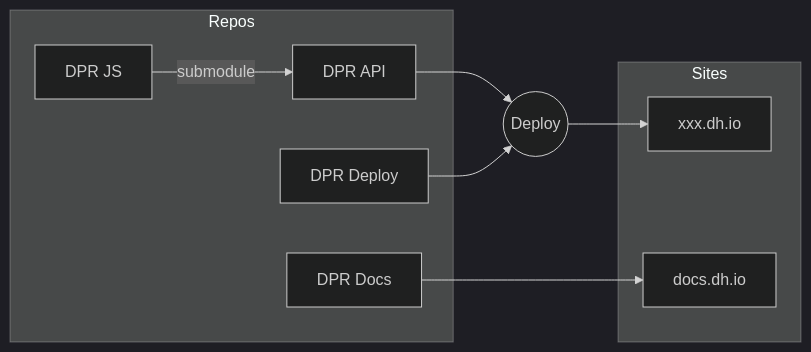
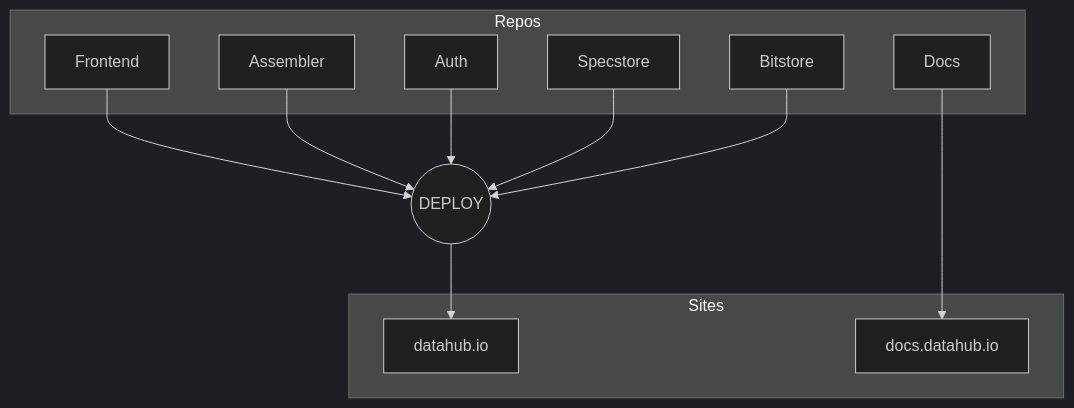
Before and after one commit to datopian/datahub-docs-tech: the diagram in docs/developers/index.md, drawn with Mermaid (dark theme). The commit also changed other lines of this file and 2 other files, not shown here.

First line of the commit message:
Features/docs installation architecture (#55)

```diff
--- a/docs/developers/index.md
+++ b/docs/developers/index.md
@@ -19,22 +26,27 @@
 <div class="mermaid">
-graph LR
+graph TD
 
 subgraph Repos
-  dprapi[DPR API]
-  dprjs[DPR JS]
-  dprdeploy[DPR Deploy]
-  dprdocs[DPR Docs]
-  dprjs --submodule--> dprapi
+  frontend[Frontend]
+  assembler[Assembler]
+  auth[Auth]
+  specstore[Specstore]
+  bitstore[Bitstore]
+  docs[Docs]
 end
 
 subgraph Sites
-  dhio[xxx.dh.io]
-  dhdocs[docs.dh.io]
-  dprdocs --> dhdocs
+  dhio[datahub.io]
+  dhdocs[docs.datahub.io]
+  docs --> dhdocs
 end
 
-deploy((Deploy))
-dprapi --> deploy
+deploy((DEPLOY))
 deploy --> dhio
-dprdeploy --> deploy
+frontend --> deploy
+assembler --> deploy
+auth --> deploy
+specstore --> deploy
+bitstore --> deploy
+
 </div>
```
